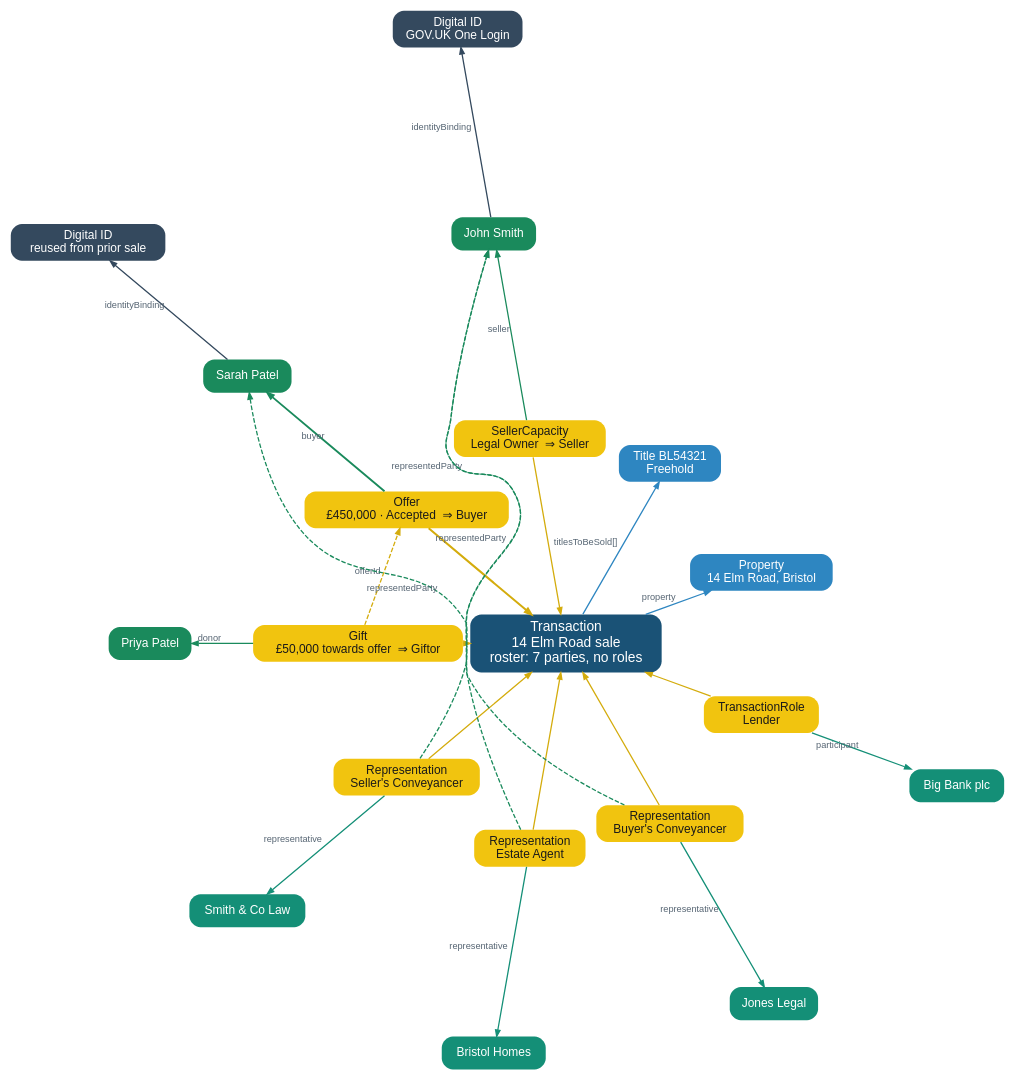
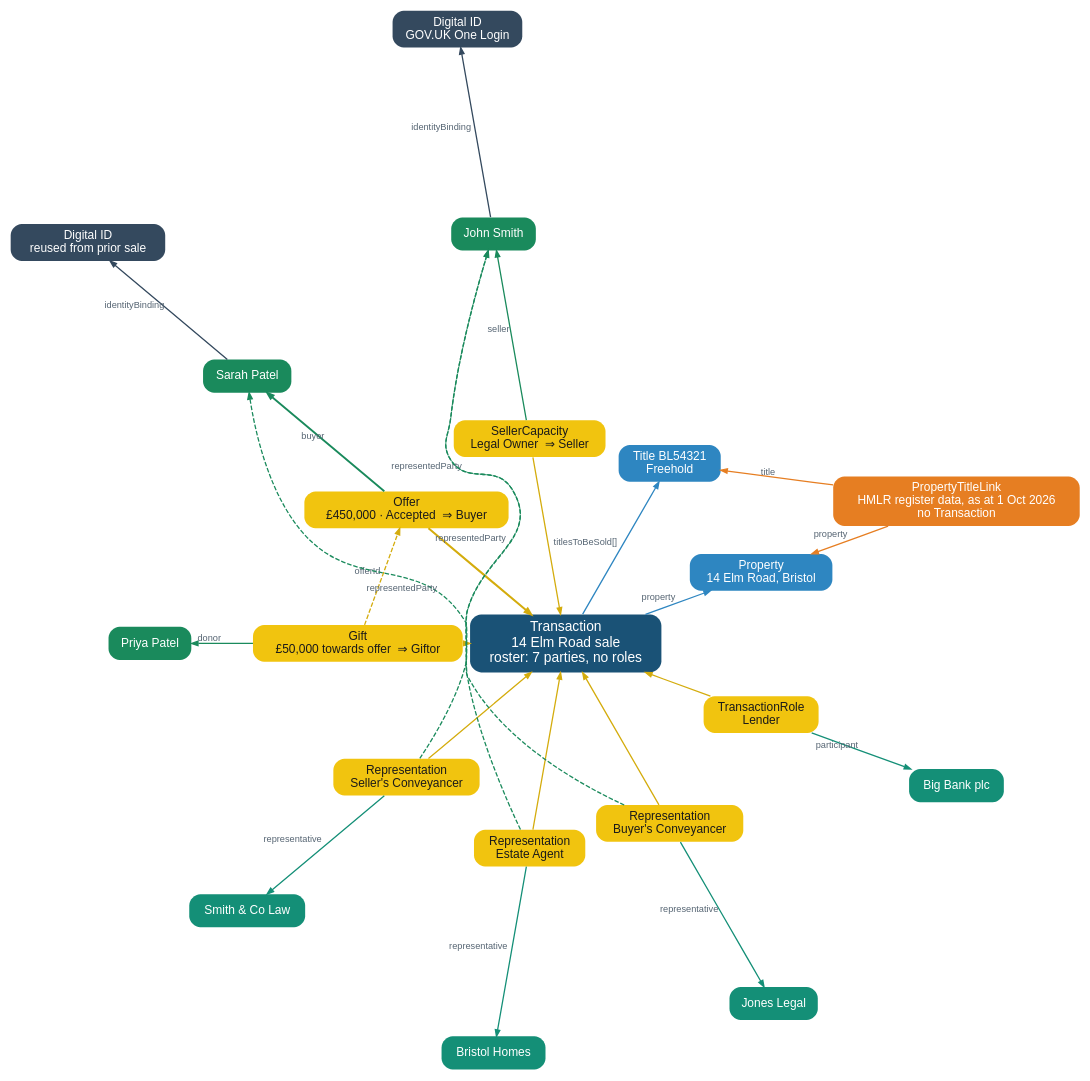
The diagram in public/diagrams/entity-graph-example-intents.dot (property-data-standards-co/web), drawn with Graphviz before and after one commit. The commit also changed 11 other files, not shown here.

First line of the commit message:
Sync spec copies from spec PR 2 (D34 Property–Title link)

```diff
--- a/public/diagrams/entity-graph-example-intents.dot
+++ b/public/diagrams/entity-graph-example-intents.dot
@@ -1,83 +1,93 @@
 // PDTF entity graph — worked example, radial layout.
 // Render:  twopi -Tsvg entity-graph-example-intents.dot -o entity-graph-example-intents.svg
 //          twopi -Tpng -Gdpi=192 entity-graph-example-intents.dot -o entity-graph-example-intents.png
 //
 // Model (architecture/entities.md §"Roles live on the credentials"):
 //   The Transaction keeps a roster of parties (DID, local id, firm) but no roles.
 //   Every relationship credential references the Transaction and embodies a role:
 //     SellerCapacity ⇒ Seller, Offer ⇒ Buyer, Gift ⇒ Giftor,
 //     Representation (role: which kind), TransactionRole (role: which role).
 //   Revoking a credential removes the role with it.
+//   The one exception is the standing PropertyTitleLink (D34): HMLR relates the
+//   property to its title whether or not it is for sale, so it references no
+//   Transaction, and the Transaction's titlesToBeSold selects from it.
 
 digraph pdtf {
   layout   = twopi;
   root     = transaction;
   ranksep  = "1.9 equally";
   overlap  = false;
   splines  = true;
   bgcolor  = "white";
   fontname = "Helvetica";
 
   node [shape=box, style="rounded,filled", fontname="Helvetica",
         fontsize=13, margin="0.14,0.09", penwidth=0];
   edge [fontname="Helvetica", fontsize=10, color="#95a5a6",
         fontcolor="#566573", arrowsize=0.7, penwidth=1.4];
 
   // ── The sale ────────────────────────────────────────
   transaction [label="Transaction\n14 Elm Road sale\nroster: 7 parties, no roles", fillcolor="#1a5276", fontcolor="white", fontsize=15];
 
   // ── Data entities (blue) ────────────────────────────
   property [label="Property\n14 Elm Road, Bristol", fillcolor="#2e86c1", fontcolor="white"];
   title    [label="Title BL54321\nFreehold",        fillcolor="#2e86c1", fontcolor="white"];
+
+  // ── Standing link (orange) ──────────────────────────
+  link [label="PropertyTitleLink\nHMLR register data, as at 1 Oct 2026\nno Transaction", fillcolor="#e67e22", fontcolor="white"];
 
   // ── Relationship credentials (gold) ─────────────────
   capacity  [label="SellerCapacity\nLegal Owner  ⇒ Seller",      fillcolor="#f1c40f", fontcolor="#1a1a1a"];
   offer     [label="Offer\n£450,000 · Accepted  ⇒ Buyer",       fillcolor="#f1c40f", fontcolor="#1a1a1a"];
   gift      [label="Gift\n£50,000 towards offer  ⇒ Giftor",     fillcolor="#f1c40f", fontcolor="#1a1a1a"];
   repSeller [label="Representation\nSeller's Conveyancer",      fillcolor="#f1c40f", fontcolor="#1a1a1a"];
   repAgent  [label="Representation\nEstate Agent",              fillcolor="#f1c40f", fontcolor="#1a1a1a"];
   repBuyer  [label="Representation\nBuyer's Conveyancer",       fillcolor="#f1c40f", fontcolor="#1a1a1a"];
   roleLender [label="TransactionRole\nLender",                  fillcolor="#f1c40f", fontcolor="#1a1a1a"];
 
   // ── People (green) & Organisations (teal) ───────────
   john         [label="John Smith",                       fillcolor="#1a8a5c", fontcolor="white"];
   sarah        [label="Sarah Patel",                      fillcolor="#1a8a5c", fontcolor="white"];
   priya        [label="Priya Patel",                      fillcolor="#1a8a5c", fontcolor="white"];
   smithco      [label="Smith & Co Law",                   fillcolor="#148f77", fontcolor="white"];
   bristolhomes [label="Bristol Homes",                    fillcolor="#148f77", fontcolor="white"];
   joneslegal   [label="Jones Legal",                      fillcolor="#148f77", fontcolor="white"];
   bigbank      [label="Big Bank plc",                     fillcolor="#148f77", fontcolor="white"];
 
   // ── Digital identity (slate) ────────────────────────
   johnId  [label="Digital ID\nGOV.UK One Login",       fillcolor="#34495e", fontcolor="white"];
   sarahId [label="Digital ID\nreused from prior sale", fillcolor="#34495e", fontcolor="white"];
 
   // ══ Data entities ══
   transaction -> property  [label="property",        color="#2e86c1"];
   transaction -> title     [label="titlesToBeSold[]", color="#2e86c1"];
 
+  // ══ Standing link: HMLR relates the UPRN to the title ══
+  link -> property [label="property", color="#e67e22"];
+  link -> title    [label="title",    color="#e67e22"];
+
   // ══ Relationship credentials, each referencing the Transaction ══
   transaction -> capacity   [color="#d4ac0d", dir=back];
   transaction -> offer      [color="#d4ac0d", dir=back, penwidth=2.2];
   transaction -> gift       [color="#d4ac0d", dir=back];
   transaction -> repSeller  [color="#d4ac0d", dir=back];
   transaction -> repAgent   [color="#d4ac0d", dir=back];
   transaction -> repBuyer   [color="#d4ac0d", dir=back];
   transaction -> roleLender [color="#d4ac0d", dir=back];
 
   // ══ Who each credential names ══
   capacity  -> john         [label="seller",            color="#1a8a5c"];
   offer     -> sarah        [label="buyer",             color="#1a8a5c", penwidth=2];
   gift      -> priya        [label="donor",             color="#1a8a5c"];
   gift      -> offer        [label="offerId",           color="#d4ac0d", constraint=false, style=dashed];
   repSeller -> smithco      [label="representative",    color="#148f77"];
   repSeller -> john         [label="representedParty",  color="#1a8a5c", constraint=false, style=dashed];
   repAgent  -> bristolhomes [label="representative",    color="#148f77"];
   repAgent  -> john         [label="representedParty",  color="#1a8a5c", constraint=false, style=dashed];
   repBuyer  -> joneslegal   [label="representative",    color="#148f77"];
   repBuyer  -> sarah        [label="representedParty",  color="#1a8a5c", constraint=false, style=dashed];
   roleLender -> bigbank     [label="participant",       color="#148f77"];
 
   john  -> johnId  [label="identityBinding", color="#34495e"];
   sarah -> sarahId [label="identityBinding", color="#34495e"];
 }
```
